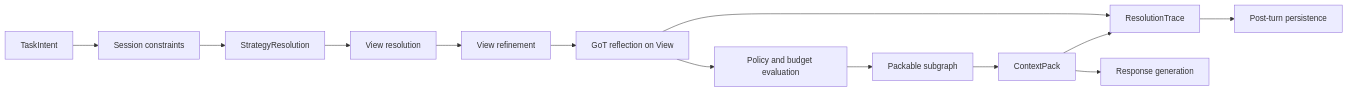
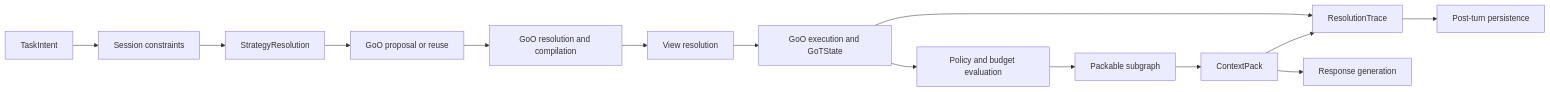
One commit to ZEDIUM-Off/graphclaw changed the first of 4 diagrams in docs/architecture/runtime/turn-runtime-logic.md. Above: the diagram before and after it, drawn with Mermaid. The commit also changed other lines of this file and 11 other files, not shown here.

Commit message:
docs: clarify GoT and GoO architecture

````diff
--- a/docs/architecture/runtime/turn-runtime-logic.md
+++ b/docs/architecture/runtime/turn-runtime-logic.md
@@ -45,21 +48,22 @@
 ```mermaid
 flowchart LR
     A[TaskIntent]
     B[Session constraints]
     C[StrategyResolution]
-    D[View resolution]
-    E[View refinement]
-    F[GoT reflection on View]
-    G[Policy and budget evaluation]
-    H[Packable subgraph]
-    I[ContextPack]
-    J[ResolutionTrace]
-    K[Response generation]
-    L[Post-turn persistence]
+    D[GoO proposal or reuse]
+    E[GoO resolution and compilation]
+    F[View resolution]
+    G[GoO execution and GoTState]
+    H[Policy and budget evaluation]
+    I[Packable subgraph]
+    J[ContextPack]
+    K[ResolutionTrace]
+    L[Response generation]
+    M[Post-turn persistence]
 
-    A --> B --> C --> D --> E --> F --> G --> H --> I
-    F --> J
-    I --> J
-    I --> K
+    A --> B --> C --> D --> E --> F --> G --> H --> I --> J
+    G --> K
+    J --> K
     J --> L
+    K --> M
 ```
````
